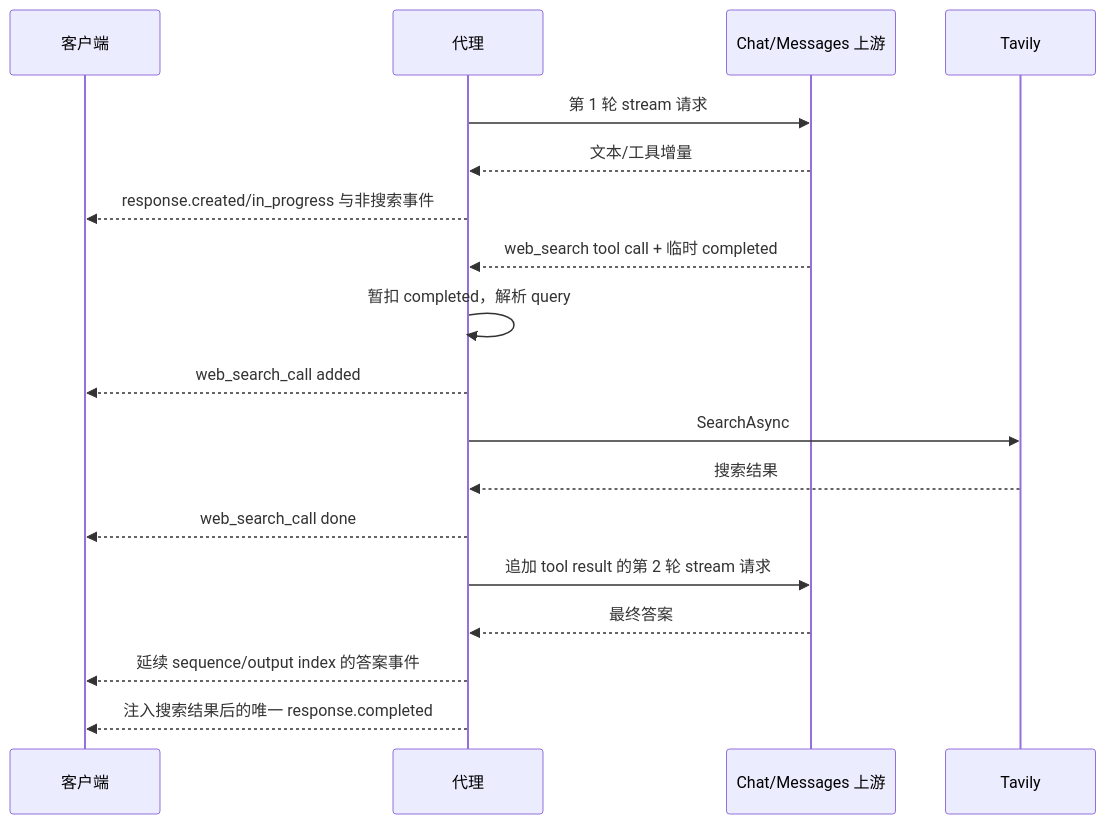
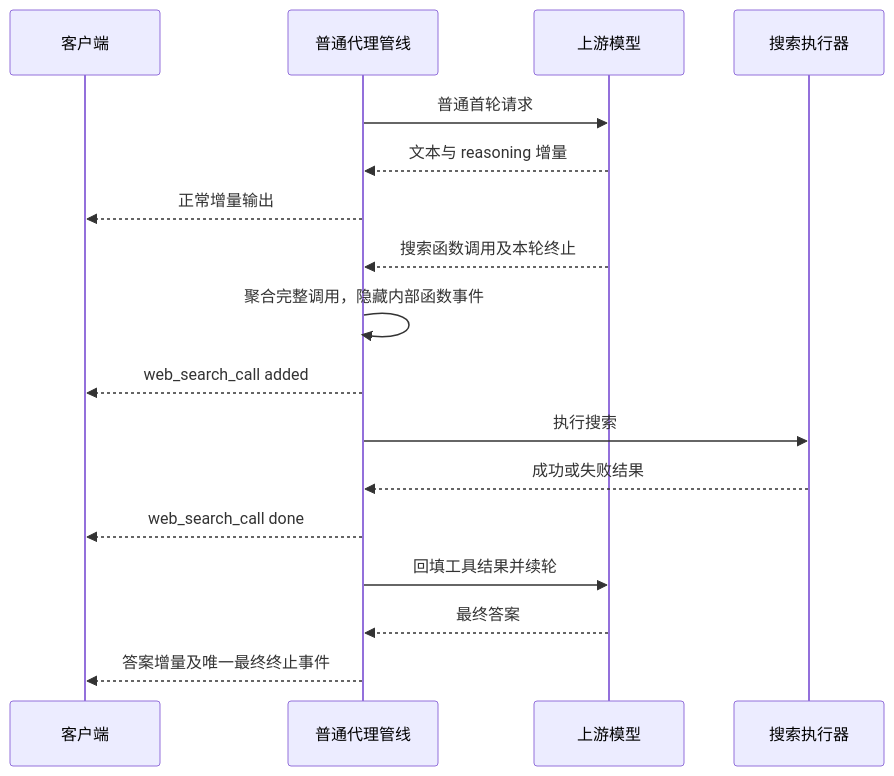
One commit to shL1481558059/OpenCodex changed the second of 2 diagrams in doc/proxy-conversion/08-special-flows/02-web-search-modes-and-simulation.md. Above: the diagram before and after it, drawn with Mermaid. The commit also changed other lines of this file and 56 other files, not shown here.

````diff
--- a/doc/proxy-conversion/08-special-flows/02-web-search-modes-and-simulation.md
+++ b/doc/proxy-conversion/08-special-flows/02-web-search-modes-and-simulation.md
@@ -339,20 +113,19 @@
 ```mermaid
 sequenceDiagram
     participant C as 客户端
-    participant P as 代理
-    participant M as Chat/Messages 上游
-    participant S as Tavily
-    P->>M: 第 1 轮 stream 请求
-    M-->>P: 文本/工具增量
-    P-->>C: response.created/in_progress 与非搜索事件
-    M-->>P: web_search tool call + 临时 completed
-    P->>P: 暂扣 completed，解析 query
+    participant P as 普通代理管线
+    participant L as 上游模型
+    participant S as 搜索执行器
+    P->>L: 普通首轮请求
+    L-->>P: 文本与 reasoning 增量
+    P-->>C: 正常增量输出
+    L-->>P: 搜索函数调用及本轮终止
+    P->>P: 聚合完整调用，隐藏内部函数事件
     P-->>C: web_search_call added
-    P->>S: SearchAsync
-    S-->>P: 搜索结果
+    P->>S: 执行搜索
+    S-->>P: 成功或失败结果
     P-->>C: web_search_call done
-    P->>M: 追加 tool result 的第 2 轮 stream 请求
-    M-->>P: 最终答案
-    P-->>C: 延续 sequence/output index 的答案事件
-    P-->>C: 注入搜索结果后的唯一 response.completed
+    P->>L: 回填工具结果并续轮
+    L-->>P: 最终答案
+    P-->>C: 答案增量及唯一最终终止事件
 ```
````
